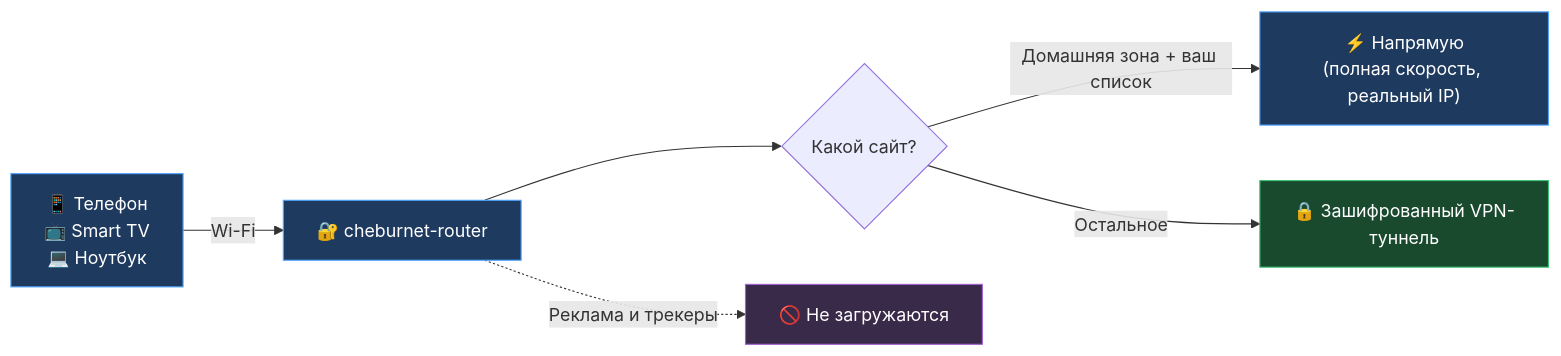
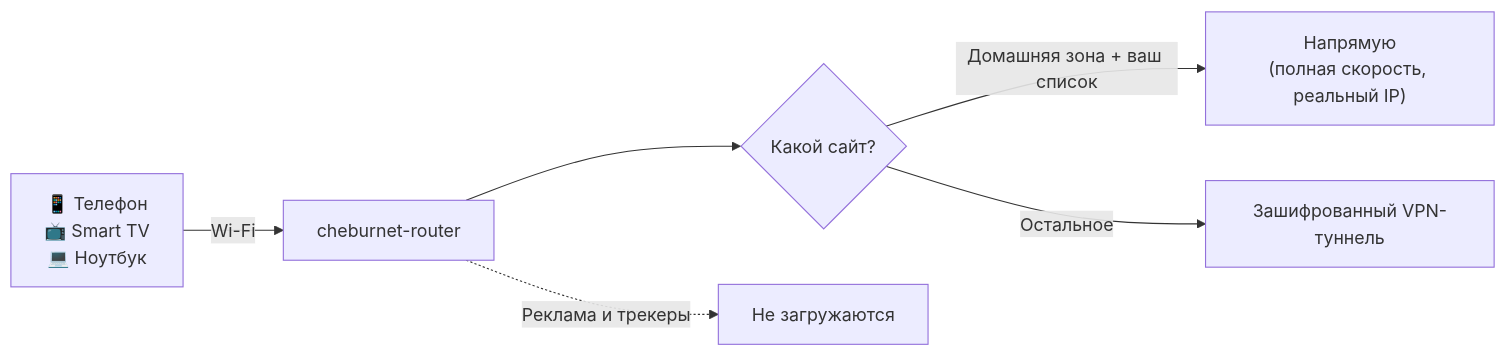
The diagram in README.md (andreiyurik/cheburnet-router), drawn with Mermaid before and after one commit. The commit also changed other lines of this file and 7 other files, not shown here.

````diff
--- a/README.md
+++ b/README.md
@@ -63,15 +157,8 @@
 ```mermaid
 flowchart LR
-    Phone["📱 Телефон<br/>📺 Smart TV<br/>💻 Ноутбук"] -->|"Wi-Fi"| Router["🔐 cheburnet-router"]
+    Phone["📱 Телефон<br/>📺 Smart TV<br/>💻 Ноутбук"] -->|"Wi-Fi"| Router["cheburnet-router"]
     Router --> Choice{"Какой сайт?"}
-    Choice -->|"Домашняя зона + ваш список"| Direct["⚡ Напрямую<br/>(полная скорость, реальный IP)"]
-    Choice -->|"Остальное"| VPN["🔒 Зашифрованный VPN-туннель"]
-    Router -.->|"Реклама и трекеры"| Block["🚫 Не загружаются"]
-
-    classDef d fill:#1e3a5f,stroke:#4fa3ff,color:#fff
-    classDef vpn fill:#1a4a2e,stroke:#3bc272,color:#fff
-    classDef blk fill:#3a2a4a,stroke:#a060d0,color:#fff
-    class Router,Phone,Direct d
-    class VPN vpn
-    class Block blk
+    Choice -->|"Домашняя зона + ваш список"| Direct["Напрямую<br/>(полная скорость, реальный IP)"]
+    Choice -->|"Остальное"| VPN["Зашифрованный VPN-туннель"]
+    Router -.->|"Реклама и трекеры"| Block["Не загружаются"]
 ```
````
